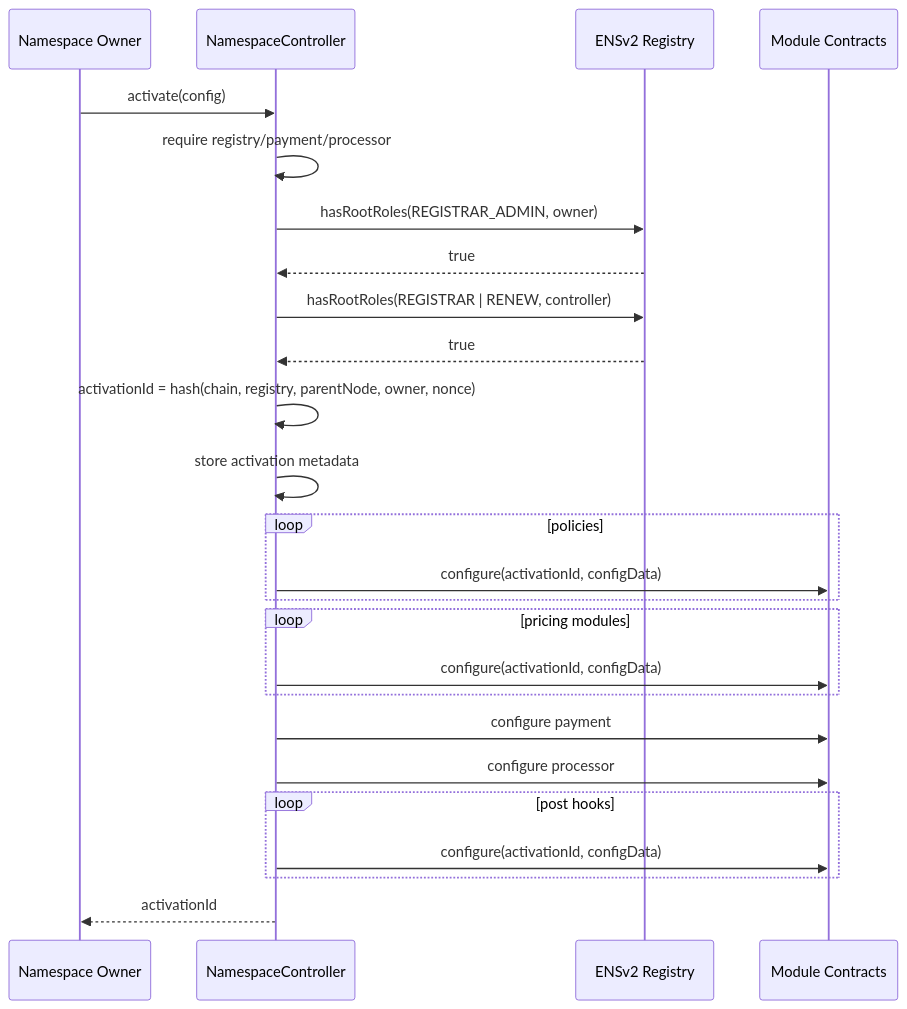
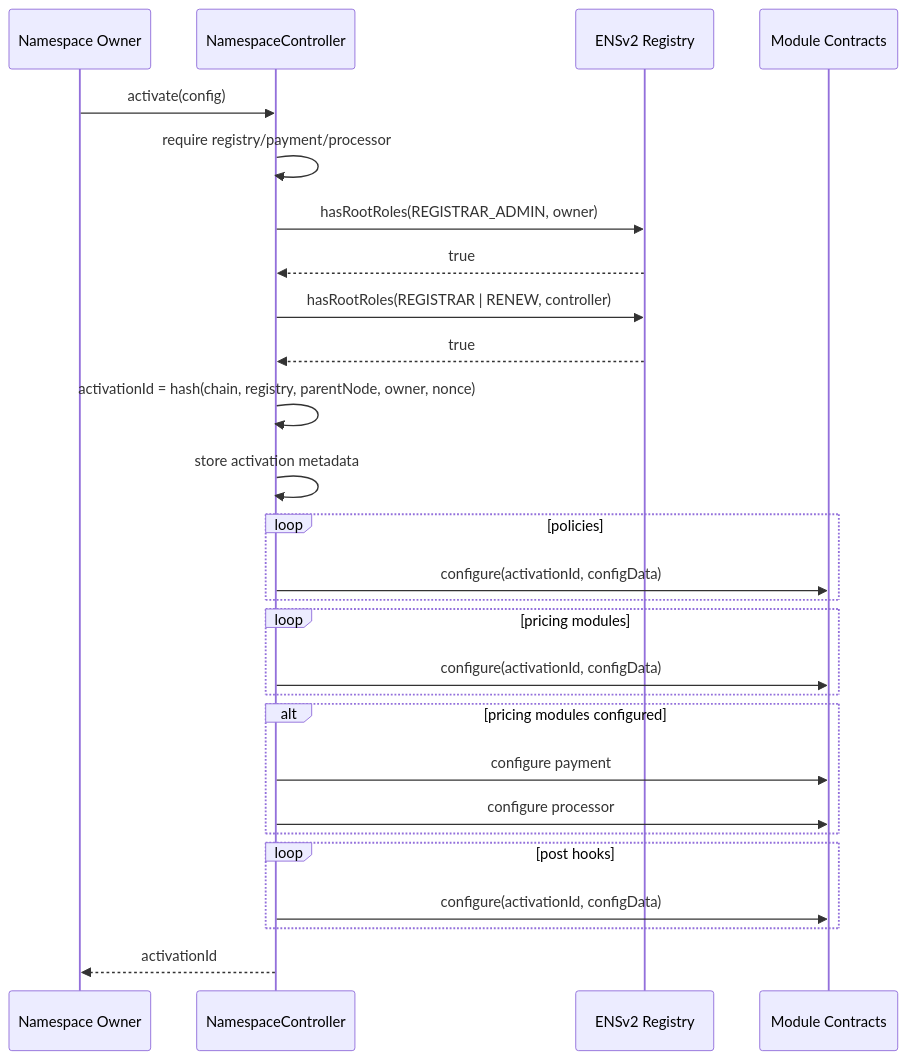
One commit to envoy1084/namespace-contracts-v2 changed the diagram in docs/02-activation-and-configuration.md. Above: the diagram before and after it, drawn with Mermaid. The commit also changed other lines of this file and 40 other files, not shown here.

````diff
--- a/docs/02-activation-and-configuration.md
+++ b/docs/02-activation-and-configuration.md
@@ -44,28 +44,30 @@
 ```mermaid
 sequenceDiagram
     participant Owner as Namespace Owner
     participant Controller as NamespaceController
     participant Registry as ENSv2 Registry
     participant Module as Module Contracts
 
     Owner->>Controller: activate(config)
     Controller->>Controller: require registry/payment/processor
     Controller->>Registry: hasRootRoles(REGISTRAR_ADMIN, owner)
     Registry-->>Controller: true
     Controller->>Registry: hasRootRoles(REGISTRAR | RENEW, controller)
     Registry-->>Controller: true
     Controller->>Controller: activationId = hash(chain, registry, parentNode, owner, nonce)
     Controller->>Controller: store activation metadata
     loop policies
         Controller->>Module: configure(activationId, configData)
     end
     loop pricing modules
         Controller->>Module: configure(activationId, configData)
     end
-    Controller->>Module: configure payment
-    Controller->>Module: configure processor
+    alt pricing modules configured
+        Controller->>Module: configure payment
+        Controller->>Module: configure processor
+    end
     loop post hooks
         Controller->>Module: configure(activationId, configData)
     end
     Controller-->>Owner: activationId
 ```
````
